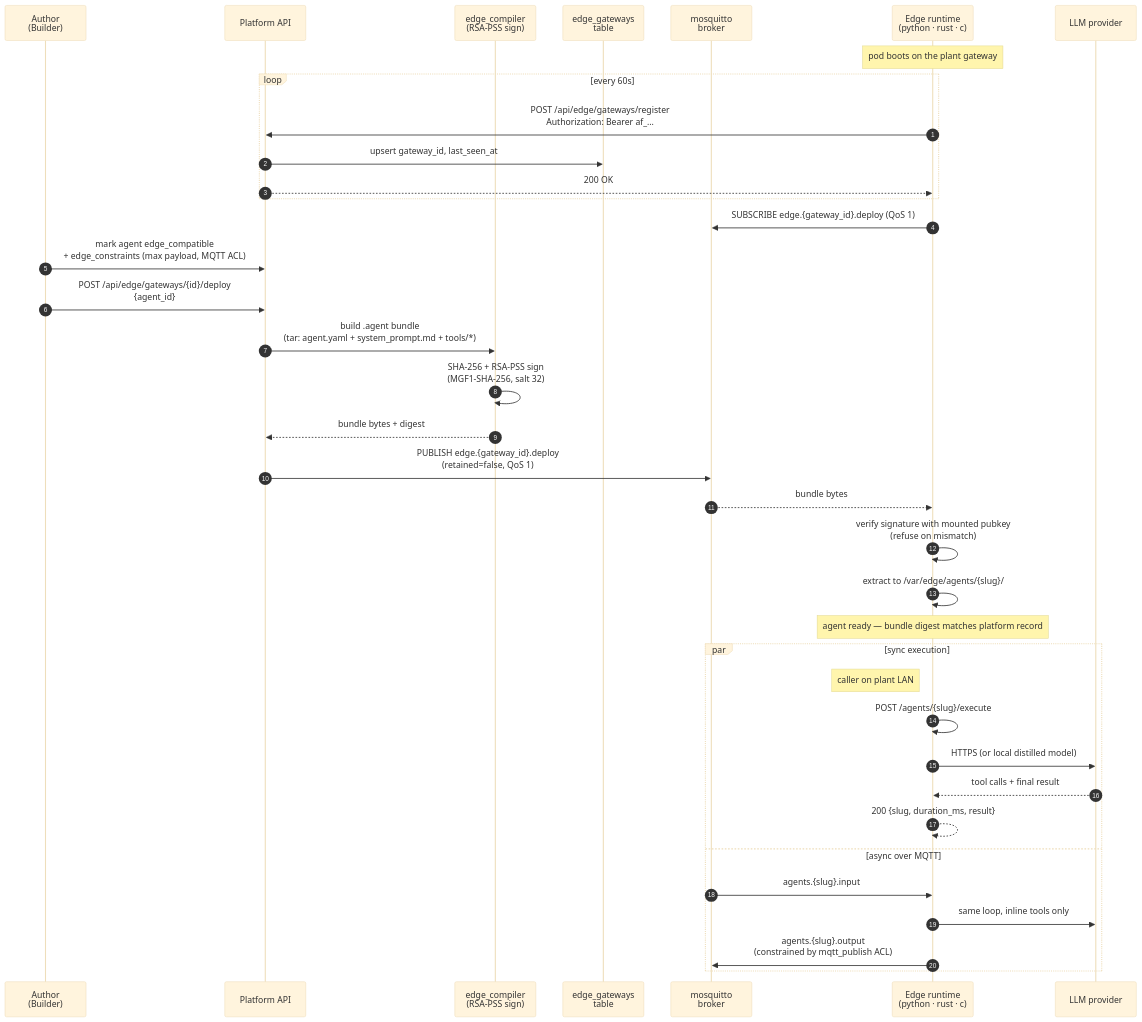
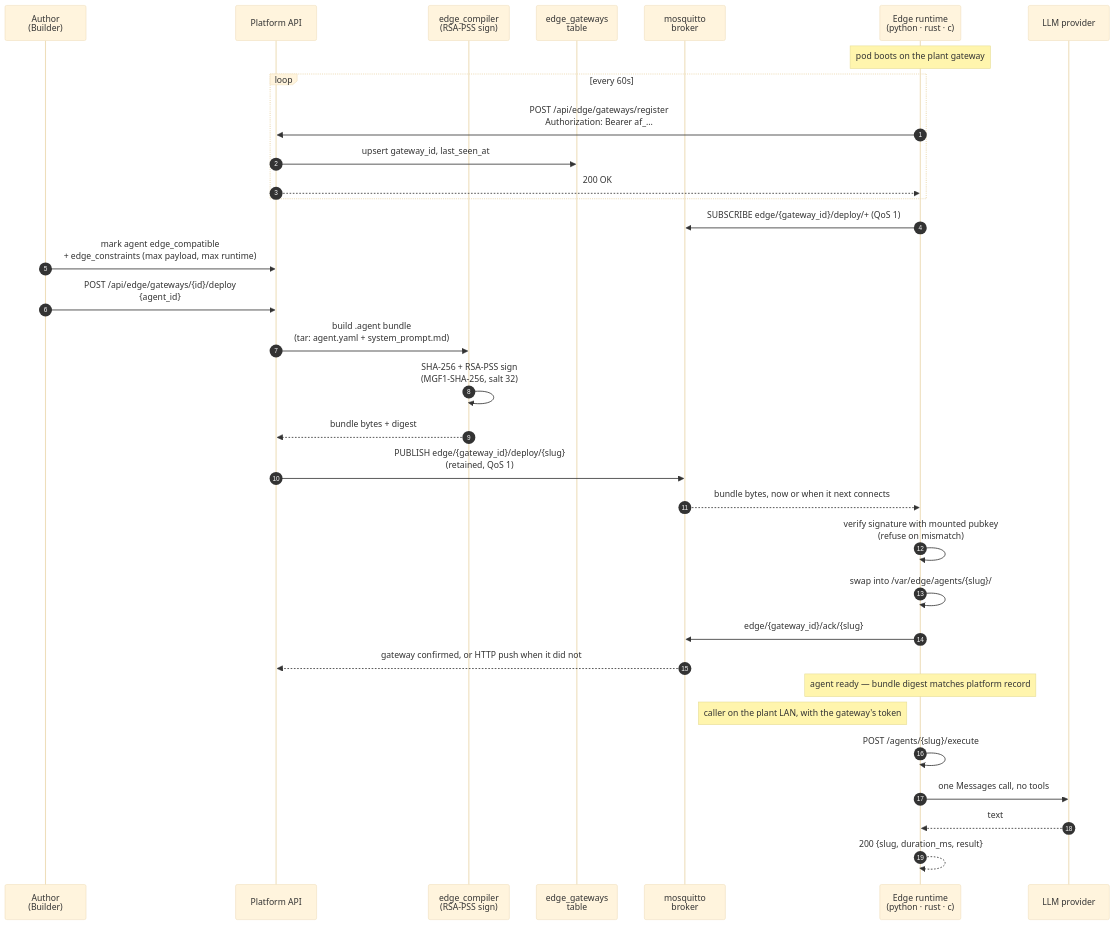
Before and after one commit to sarkar4777/abenix: the third of 3 diagrams in README.md, drawn with Mermaid (base theme). The commit also changed other lines of this file and 22 other files, not shown here.

````diff
--- a/README.md
+++ b/README.md
@@ -620,43 +620,39 @@
 ```mermaid
 sequenceDiagram
     autonumber
     participant Author as Author<br/>(Builder)
     participant API as Platform API
     participant Compiler as edge_compiler<br/>(RSA-PSS sign)
     participant DB as edge_gateways<br/>table
     participant MQTT as mosquitto<br/>broker
     participant Edge as Edge runtime<br/>(python · rust · c)
     participant LLM as LLM provider
 
     Note over Edge: pod boots on the plant gateway
     loop every 60s
       Edge->>API: POST /api/edge/gateways/register<br/>Authorization: Bearer af_…
       API->>DB: upsert gateway_id, last_seen_at
       API-->>Edge: 200 OK
     end
-    Edge->>MQTT: SUBSCRIBE edge.{gateway_id}.deploy (QoS 1)
+    Edge->>MQTT: SUBSCRIBE edge/{gateway_id}/deploy/+ (QoS 1)
 
-    Author->>API: mark agent edge_compatible<br/>+ edge_constraints (max payload, MQTT ACL)
+    Author->>API: mark agent edge_compatible<br/>+ edge_constraints (max payload, max runtime)
     Author->>API: POST /api/edge/gateways/{id}/deploy<br/>{agent_id}
-    API->>Compiler: build .agent bundle<br/>(tar: agent.yaml + system_prompt.md + tools/*)
+    API->>Compiler: build .agent bundle<br/>(tar: agent.yaml + system_prompt.md)
     Compiler->>Compiler: SHA-256 + RSA-PSS sign<br/>(MGF1-SHA-256, salt 32)
     Compiler-->>API: bundle bytes + digest
-    API->>MQTT: PUBLISH edge.{gateway_id}.deploy<br/>(retained=false, QoS 1)
-    MQTT-->>Edge: bundle bytes
+    API->>MQTT: PUBLISH edge/{gateway_id}/deploy/{slug}<br/>(retained, QoS 1)
+    MQTT-->>Edge: bundle bytes, now or when it next connects
     Edge->>Edge: verify signature with mounted pubkey<br/>(refuse on mismatch)
-    Edge->>Edge: extract to /var/edge/agents/{slug}/
+    Edge->>Edge: swap into /var/edge/agents/{slug}/
+    Edge->>MQTT: edge/{gateway_id}/ack/{slug}
+    MQTT-->>API: gateway confirmed, or HTTP push when it did not
 
     Note over Edge: agent ready — bundle digest matches platform record
 
-    par sync execution
-      Note left of Edge: caller on plant LAN
-      Edge->>Edge: POST /agents/{slug}/execute
-      Edge->>LLM: HTTPS (or local distilled model)
-      LLM-->>Edge: tool calls + final result
-      Edge-->>Edge: 200 {slug, duration_ms, result}
-    and async over MQTT
-      MQTT->>Edge: agents.{slug}.input
-      Edge->>LLM: same loop, inline tools only
-      Edge->>MQTT: agents.{slug}.output<br/>(constrained by mqtt_publish ACL)
-    end
+    Note left of Edge: caller on the plant LAN, with the gateway's token
+    Edge->>Edge: POST /agents/{slug}/execute
+    Edge->>LLM: one Messages call, no tools
+    LLM-->>Edge: text
+    Edge-->>Edge: 200 {slug, duration_ms, result}
 ```
````
